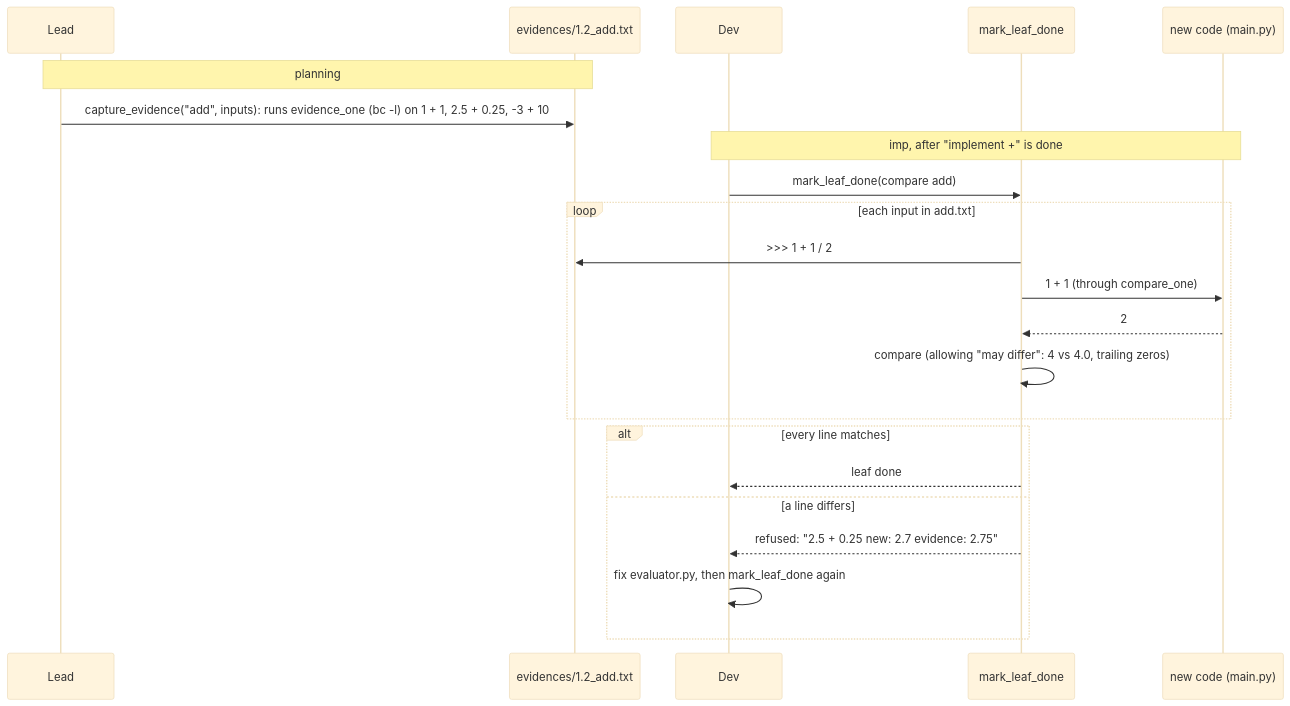
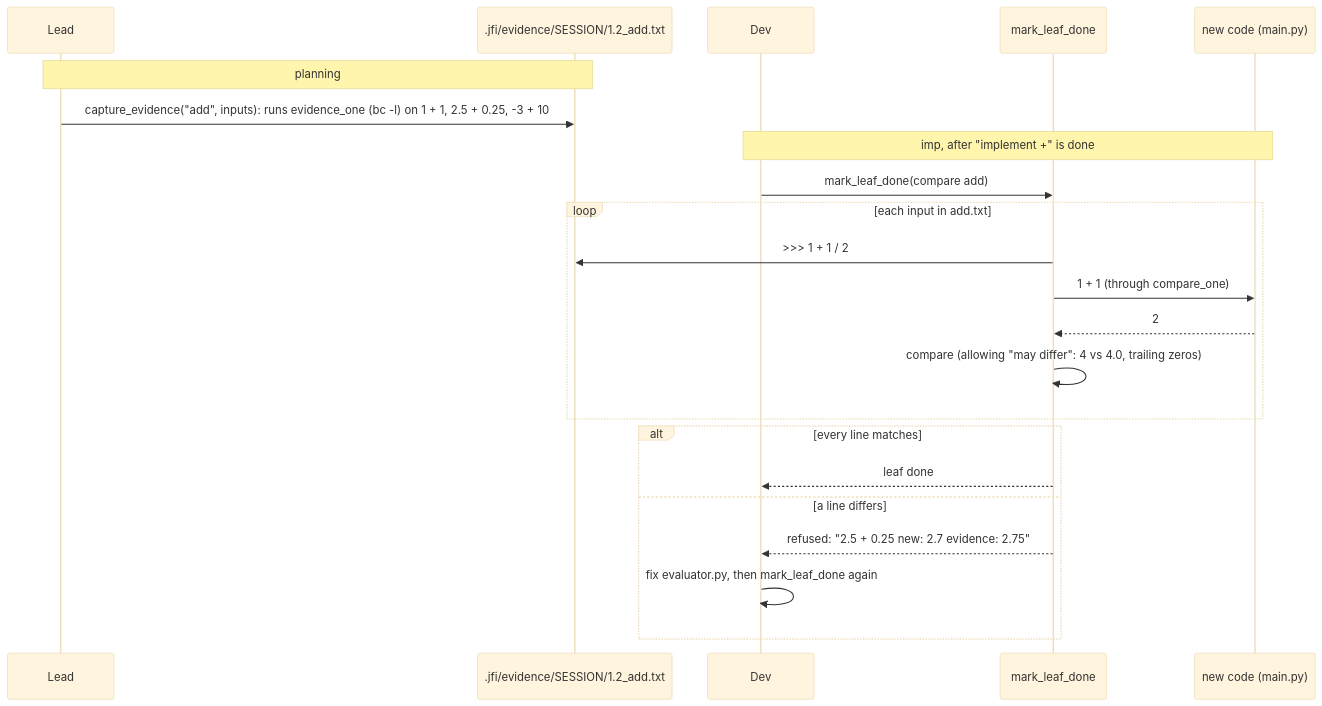
One commit to Tejasvedagiri/Just-Finish-It changed the second of 2 diagrams in docs/old_new.md. Above: the diagram before and after it, drawn with Mermaid (base theme). The commit also changed other lines of this file and 21 other files, not shown here.

First line of the commit message:
evidence: in .jfi/evidence/<session_id>/, and refused to the file tools

````diff
--- a/docs/old_new.md
+++ b/docs/old_new.md
@@ -214,25 +214,25 @@
 ```mermaid
 sequenceDiagram
     participant Lead
-    participant Ev as evidences/1.2_add.txt
+    participant Ev as .jfi/evidence/SESSION/1.2_add.txt
     participant Dev
     participant Gate as mark_leaf_done
     participant New as new code (main.py)
 
     Note over Lead,Ev: planning
     Lead->>Ev: capture_evidence("add", inputs): runs evidence_one (bc -l) on 1 + 1, 2.5 + 0.25, -3 + 10
     Note over Dev,New: imp, after "implement +" is done
     Dev->>Gate: mark_leaf_done(compare add)
     loop each input in add.txt
         Gate->>Ev: >>> 1 + 1 / 2
         Gate->>New: 1 + 1 (through compare_one)
         New-->>Gate: 2
         Gate->>Gate: compare (allowing "may differ": 4 vs 4.0, trailing zeros)
     end
     alt every line matches
         Gate-->>Dev: leaf done
     else a line differs
         Gate-->>Dev: refused: "2.5 + 0.25  new: 2.7  evidence: 2.75"
         Dev->>Dev: fix evaluator.py, then mark_leaf_done again
     end
 ```
````
